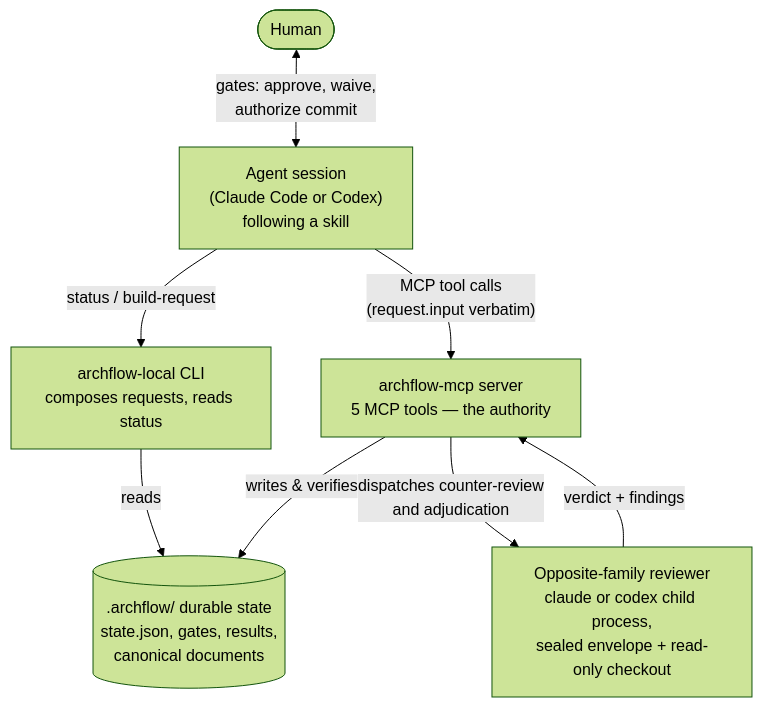
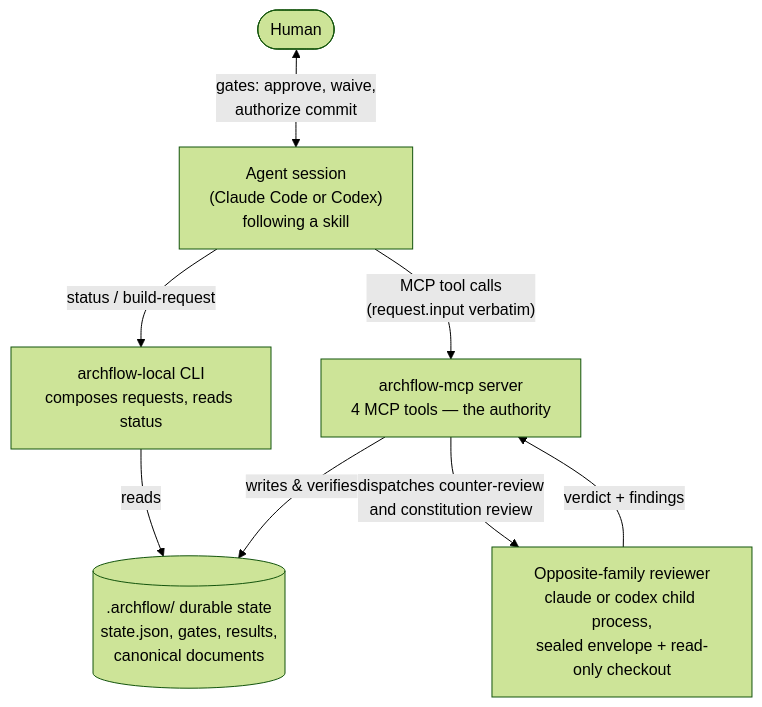
One commit to Aroton/ArchflowV2 changed the first of 2 diagrams in docs/OVERVIEW.md. Above: the diagram before and after it, drawn with Mermaid (forest theme). The commit also changed other lines of this file and 99 other files, not shown here.

````diff
--- a/docs/OVERVIEW.md
+++ b/docs/OVERVIEW.md
@@ -25,17 +25,17 @@
 ```mermaid
 flowchart TB
     Human([Human])
     Agent["Agent session<br/>(Claude Code or Codex)<br/>following a skill"]
     Local["archflow-local CLI<br/>composes requests, reads status"]
-    MCP["archflow-mcp server<br/>5 MCP tools — the authority"]
+    MCP["archflow-mcp server<br/>4 MCP tools — the authority"]
     State[(".archflow/ durable state<br/>state.json, gates, results,<br/>canonical documents")]
     Child["Opposite-family reviewer<br/>claude or codex child process,<br/>sealed envelope + read-only checkout"]
 
     Human <-->|"gates: approve, waive,<br/>authorize commit"| Agent
     Agent -->|"status / build-request"| Local
     Local -->|"reads"| State
     Agent -->|"MCP tool calls<br/>(request.input verbatim)"| MCP
     MCP -->|"writes & verifies"| State
-    MCP -->|"dispatches counter-review<br/>and adjudication"| Child
+    MCP -->|"dispatches counter-review<br/>and constitution review"| Child
     Child -->|"verdict + findings"| MCP
 ```
````
